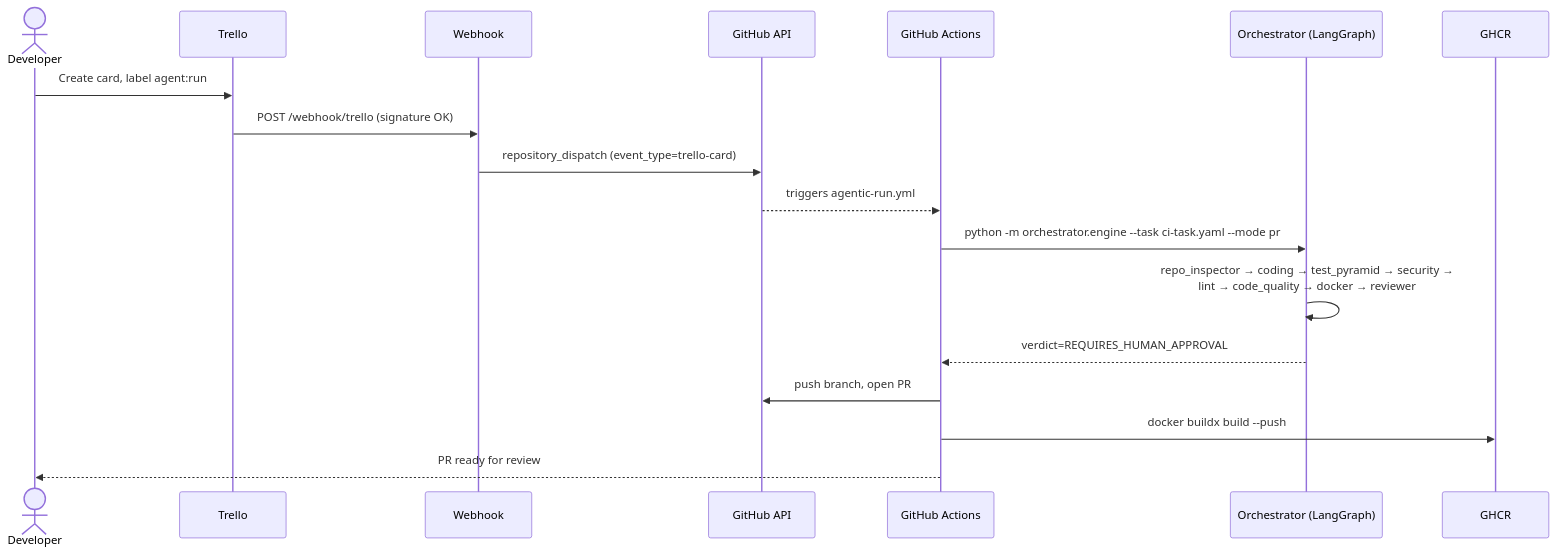
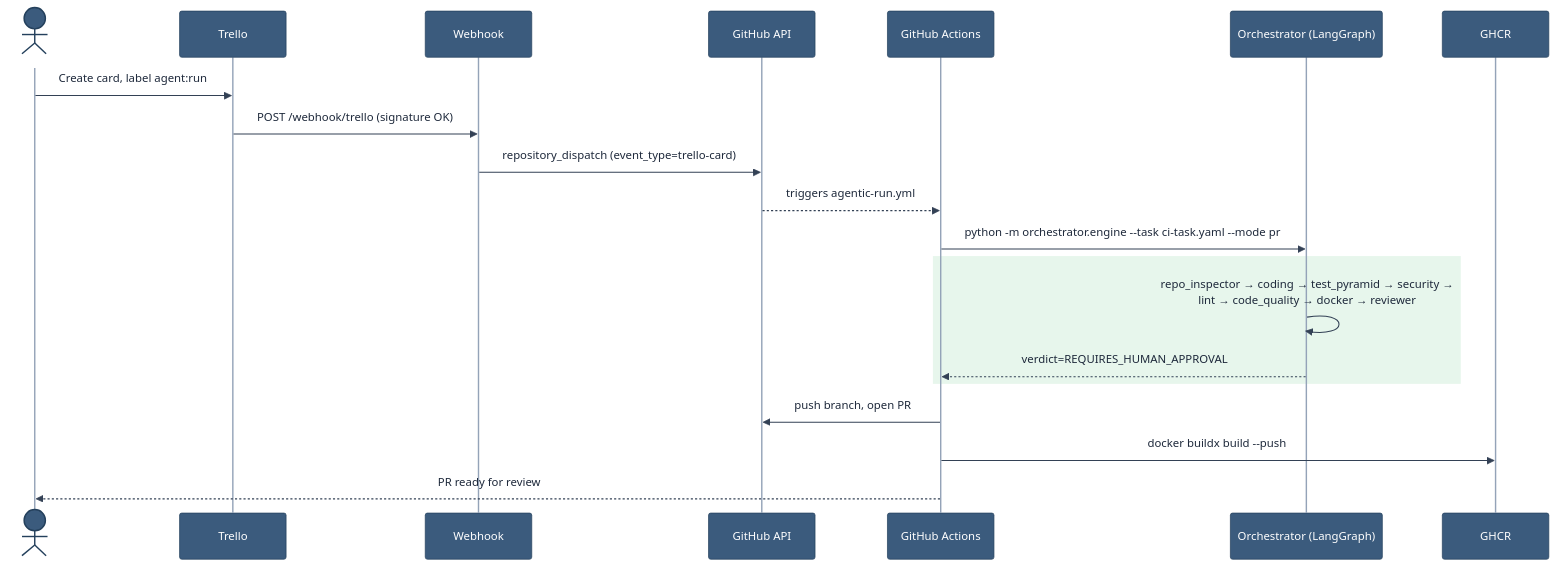
Before and after one commit to lorenzogirardi/agentic-sdlc: the ninth of 9 diagrams in docs/demo/burning-ship-storytelling.md, drawn with Mermaid. The commit also changed other lines of this file and 1 other file, not shown here.

First line of the commit message:
Color-code all diagrams: actors, platform, external systems, outcomes

````diff
--- a/docs/demo/burning-ship-storytelling.md
+++ b/docs/demo/burning-ship-storytelling.md
@@ -331,21 +375,24 @@
 ```mermaid
+%%{init: {'theme':'base', 'themeVariables': {'primaryColor':'#ff6b35','primaryBorderColor':'#c9451f','primaryTextColor':'#ffffff','actorBkg':'#3b5b7d','actorBorder':'#24405c','actorTextColor':'#ffffff','actorLineColor':'#94a3b8','signalColor':'#334155','signalTextColor':'#1e293b','labelBoxBkgColor':'#16a34a','labelBoxBorderColor':'#0f7a37','labelTextColor':'#ffffff','loopTextColor':'#334155','noteBkgColor':'#fde68a','noteBorderColor':'#b45309','noteTextColor':'#78350f','activationBorderColor':'#0f7a37','activationBkgColor':'#c8f0d8','sequenceNumberColor':'#ffffff'}}}%%
 sequenceDiagram
     actor Dev as Developer
     participant Trello
     participant Webhook
     participant GH as GitHub API
     participant Actions as GitHub Actions
     participant Orch as Orchestrator (LangGraph)
     participant GHCR
 
     Dev->>Trello: Create card, label agent:run
     Trello->>Webhook: POST /webhook/trello (signature OK)
     Webhook->>GH: repository_dispatch (event_type=trello-card)
     GH-->>Actions: triggers agentic-run.yml
     Actions->>Orch: python -m orchestrator.engine --task ci-task.yaml --mode pr
+    rect rgba(22,163,74,0.10)
     Orch->>Orch: repo_inspector → coding → test_pyramid → security →<br/>lint → code_quality → docker → reviewer
     Orch-->>Actions: verdict=REQUIRES_HUMAN_APPROVAL
+    end
     Actions->>GH: push branch, open PR #12
     Actions->>GHCR: docker buildx build --push
     Actions-->>Dev: PR ready for review
 ```
````
